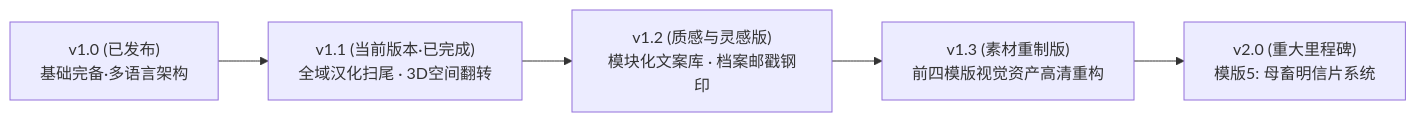
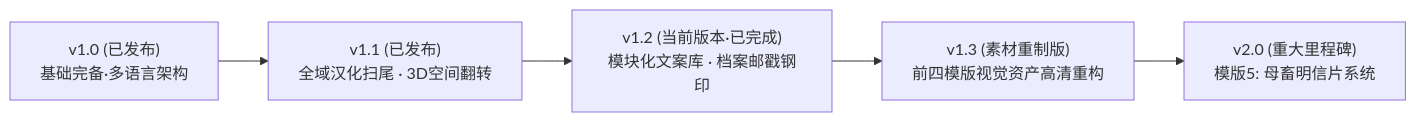
One commit to AmberCH872/Slut-ID-Generator changed the diagram in Roadmap.md. Above: the diagram before and after it, drawn with Mermaid. The commit also changed other lines of this file and 10 other files, not shown here.

````diff
--- a/Roadmap.md
+++ b/Roadmap.md
@@ -11,7 +11,7 @@
 ```mermaid
 flowchart LR
-    A["v1.0 (已发布)<br>基础完备·多语言架构"] --> B["v1.1 (当前版本·已完成)<br>全域汉化扫尾 · 3D空间翻转"]
-    B --> C["v1.2 (质感与灵感版)<br>模块化文案库 · 档案邮戳钢印"]
+    A["v1.0 (已发布)<br>基础完备·多语言架构"] --> B["v1.1 (已发布)<br>全域汉化扫尾 · 3D空间翻转"]
+    B --> C["v1.2 (当前版本·已完成)<br>模块化文案库 · 档案邮戳钢印"]
     C --> D["v1.3 (素材重制版)<br>前四模版视觉资产高清重构"]
     D --> E["v2.0 (重大里程碑)<br>模版5: 母畜明信片系统"]
 ```
````
